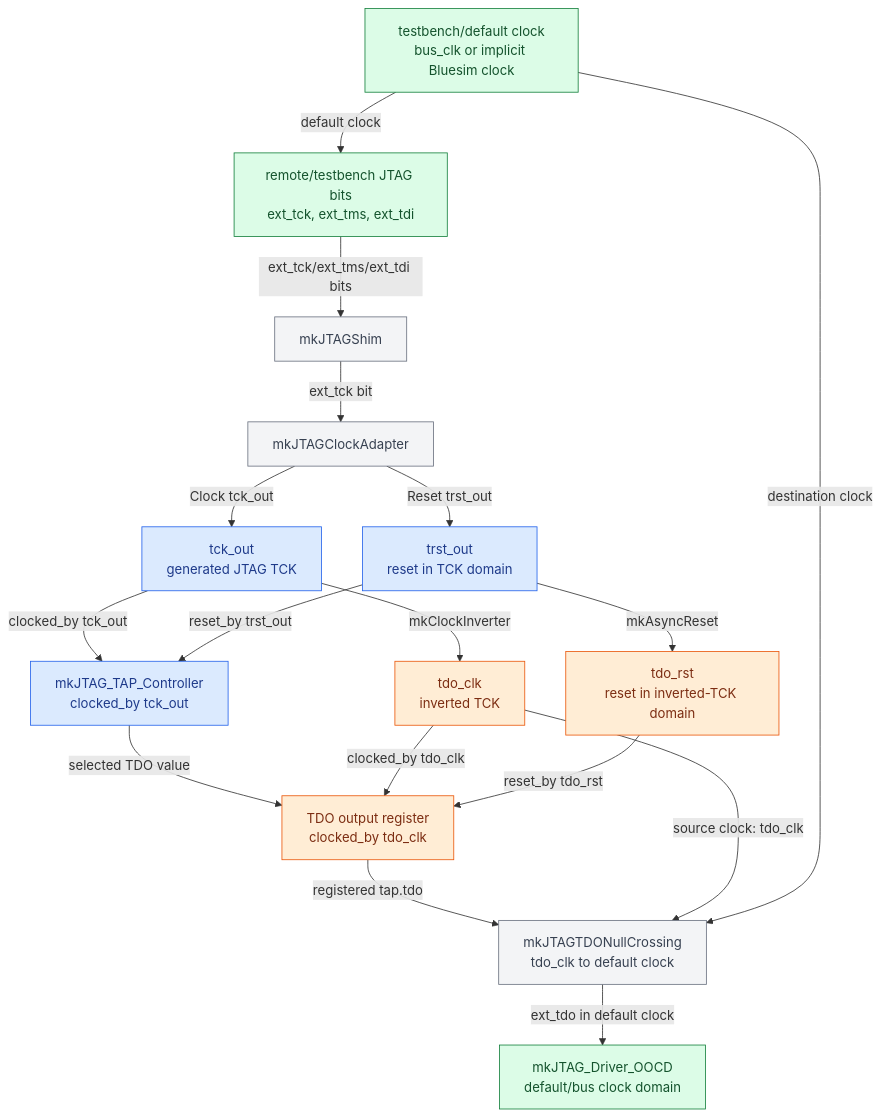
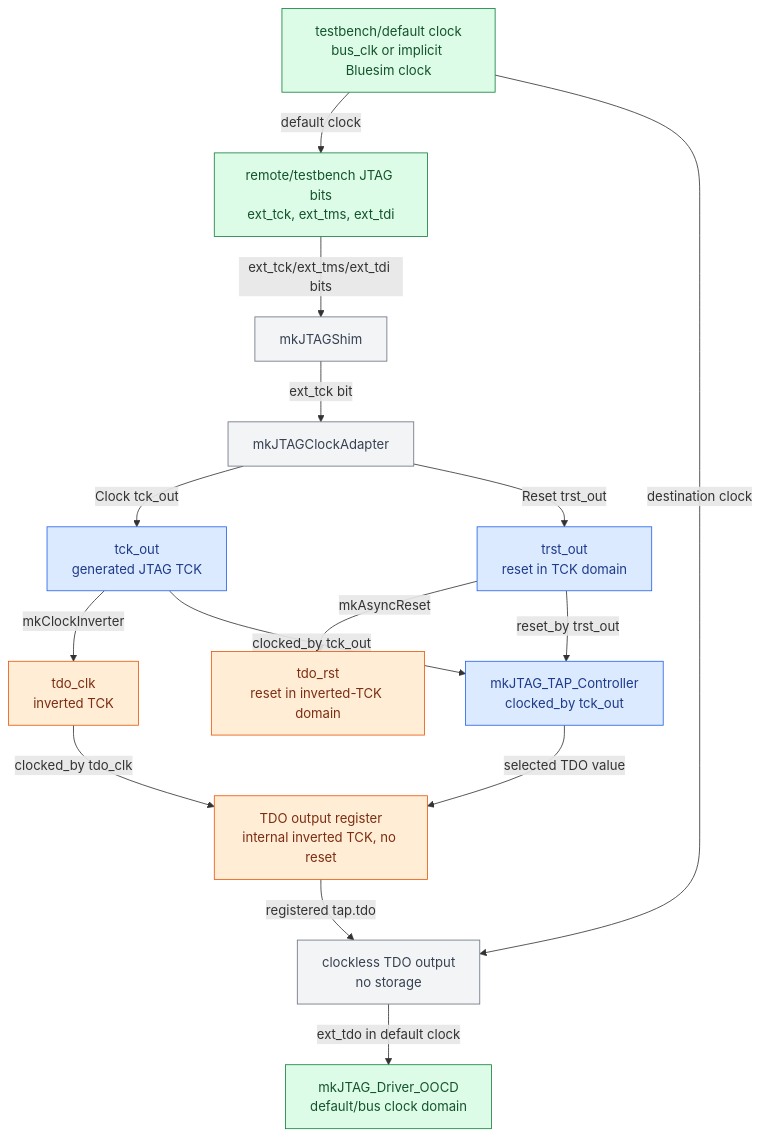
The diagram in docs/jtag_clocking.md (timksf/bluej), drawn with Mermaid before and after one commit. The commit also changed other lines of this file and 11 other files, not shown here.

Commit message:
(finally) remove tdo clock from module boundary without upsetting the bsc

````diff
--- a/docs/jtag_clocking.md
+++ b/docs/jtag_clocking.md
@@ -34,48 +34,46 @@
 ```mermaid
 flowchart TD
     TB["testbench/default clock<br/>bus_clk or implicit Bluesim clock"]
 
     EXT["remote/testbench JTAG bits<br/>ext_tck, ext_tms, ext_tdi"]
     SHIM["mkJTAGShim"]
     ADAPT["mkJTAGClockAdapter"]
 
     TCK["tck_out<br/>generated JTAG TCK"]
     TRST["trst_out<br/>reset in TCK domain"]
     TDOCLK["tdo_clk<br/>inverted TCK"]
     TDORST["tdo_rst<br/>reset in inverted-TCK domain"]
 
     TAP["mkJTAG_TAP_Controller<br/>clocked_by tck_out"]
-    TDOREG["TDO output register<br/>clocked_by tdo_clk"]
+    TDOREG["TDO output register<br/>internal inverted TCK, no reset"]
 
     OOCD["mkJTAG_Driver_OOCD<br/>default/bus clock domain"]
-    TDONC["mkJTAGTDONullCrossing<br/>tdo_clk to default clock"]
+    TDONC["clockless TDO output<br/>no storage"]
 
     TB -->|"default clock"| EXT
     EXT -->|"ext_tck/ext_tms/ext_tdi bits"| SHIM
     SHIM -->|"ext_tck bit"| ADAPT
     ADAPT -->|"Clock tck_out"| TCK
     ADAPT -->|"Reset trst_out"| TRST
     TCK -->|"mkClockInverter"| TDOCLK
     TRST -->|"mkAsyncReset"| TDORST
 
     TCK -->|"clocked_by tck_out"| TAP
     TRST -->|"reset_by trst_out"| TAP
     TAP -->|"selected TDO value"| TDOREG
     TDOCLK -->|"clocked_by tdo_clk"| TDOREG
-    TDORST -->|"reset_by tdo_rst"| TDOREG
 
     TDOREG -->|"registered tap.tdo"| TDONC
-    TDOCLK -->|"source clock: tdo_clk"| TDONC
     TB -->|"destination clock"| TDONC
     TDONC -->|"ext_tdo in default clock"| OOCD
 
     classDef defaultDomain fill:#dcfce7,stroke:#15803d,color:#14532d
     classDef tckDomain fill:#dbeafe,stroke:#2563eb,color:#1e3a8a
     classDef tdoDomain fill:#ffedd5,stroke:#ea580c,color:#7c2d12
     classDef crossing fill:#f3f4f6,stroke:#6b7280,color:#374151
 
     class TB,EXT,OOCD defaultDomain
     class TCK,TRST,TAP tckDomain
     class TDOCLK,TDORST,TDOREG tdoDomain
     class SHIM,ADAPT,TDONC crossing
 ```
````
